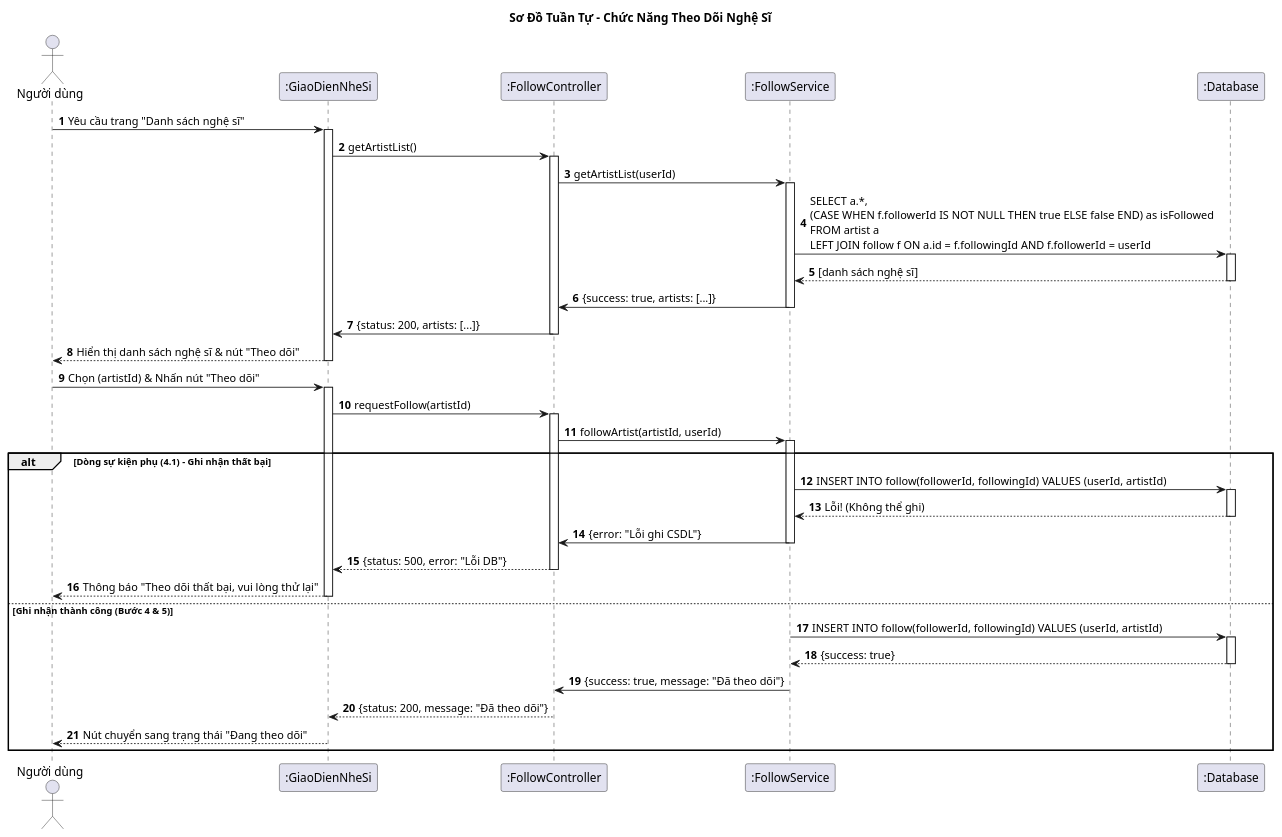
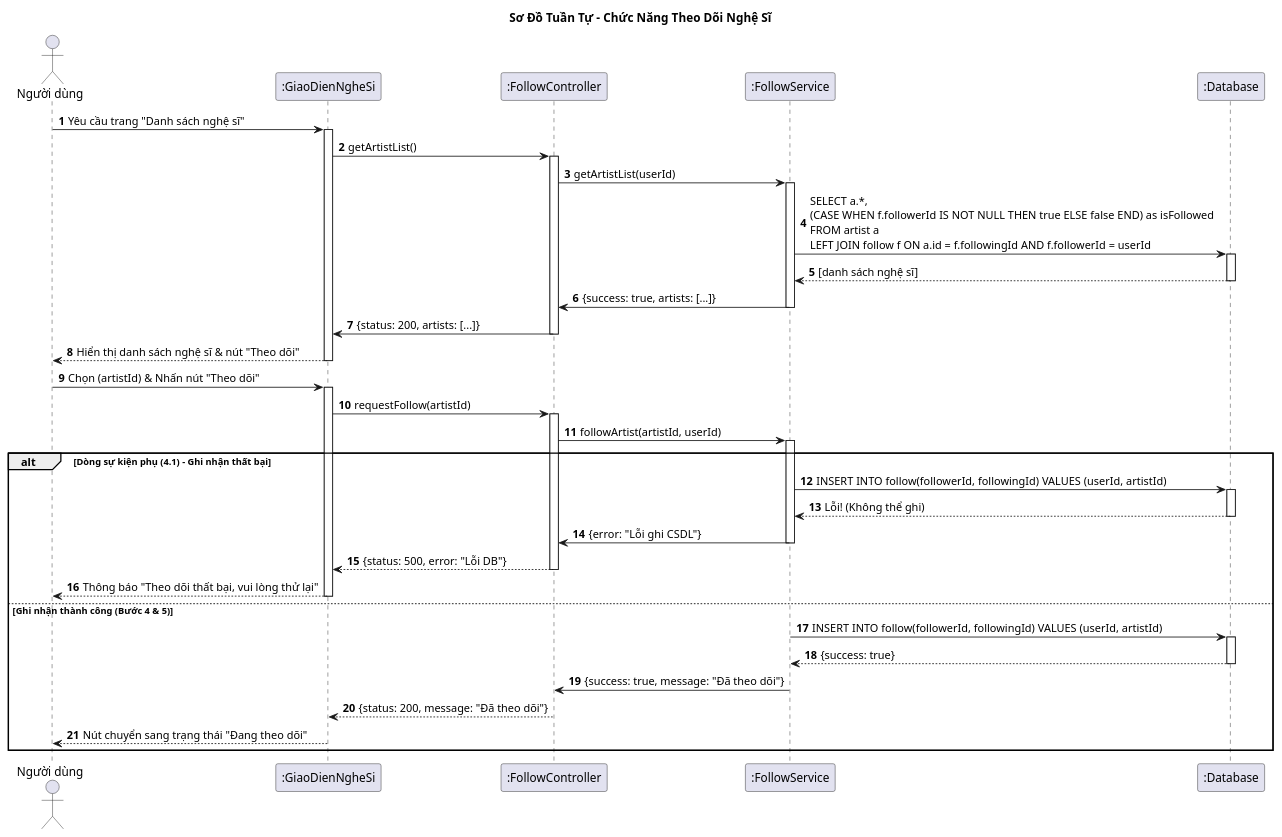
One commit to vinh047/soundwave changed the diagram in Diagrams/SequenceDiagram/FollowSD.plantuml. Above: the diagram before and after it, drawn with PlantUML. The commit also changed 8 other files, not shown here.

```diff
--- a/Diagrams/SequenceDiagram/FollowSD.plantuml
+++ b/Diagrams/SequenceDiagram/FollowSD.plantuml
@@ -1,71 +1,71 @@
 @startuml Sequence Diagram - Theo Dõi Nghệ Sĩ
 
 title Sơ Đồ Tuần Tự - Chức Năng Theo Dõi Nghệ Sĩ
 
 actor "Người dùng" as User
-participant ":GiaoDienNheSi" as UI
+participant ":GiaoDienNgheSi" as UI
 participant ":FollowController" as Controller
 participant ":FollowService" as Service
 participant ":Database" as DB
 
 autonumber
 
 ' === Dòng sự kiện chính (bước 1 & 2): Tải giao diện ===
 User -> UI: Yêu cầu trang "Danh sách nghệ sĩ"
 activate UI
 UI -> Controller: getArtistList()
 activate Controller
 Controller -> Service: getArtistList(userId)
 activate Service
 Service -> DB: SELECT a.*, \n(CASE WHEN f.followerId IS NOT NULL THEN true ELSE false END) as isFollowed \nFROM artist a \nLEFT JOIN follow f ON a.id = f.followingId AND f.followerId = userId
 activate DB
 DB --> Service: [danh sách nghệ sĩ]
 deactivate DB
 Service -> Controller: {success: true, artists: [...]}
 deactivate Service
 Controller -> UI: {status: 200, artists: [...]}
 deactivate Controller
 UI --> User: Hiển thị danh sách nghệ sĩ & nút "Theo dõi"
 deactivate UI
 
 ' === Dòng sự kiện chính (bước 3): Người dùng chọn Theo dõi ===
 User -> UI: Chọn (artistId) & Nhấn nút "Theo dõi"
 activate UI
 UI -> Controller: requestFollow(artistId)
 activate Controller
 Controller -> Service: followArtist(artistId, userId)
 activate Service
 
 ' === Dòng sự kiện (bước 4, 5) & Dòng sự kiện phụ (4.1) ===
 alt Dòng sự kiện phụ (4.1) - Ghi nhận thất bại
     ' Bước 4 & 5: Ghi nhận vào CSDL
     Service -> DB: INSERT INTO follow(followerId, followingId) VALUES (userId, artistId)
     activate DB
     DB --> Service: Lỗi! (Không thể ghi)
     deactivate DB
     Service -> Controller: {error: "Lỗi ghi CSDL"}
     deactivate Service
     Controller --> UI: {status: 500, error: "Lỗi DB"}
     deactivate Controller
     
     UI --> User: Thông báo "Theo dõi thất bại, vui lòng thử lại"
     deactivate UI
 
 else Ghi nhận thành công (Bước 4 & 5)
     Service -> DB: INSERT INTO follow(followerId, followingId) VALUES (userId, artistId)
     activate DB
     DB --> Service: {success: true}
     deactivate DB
     Service -> Controller: {success: true, message: "Đã theo dõi"}
     deactivate Service
 
     ' === Dòng sự kiện chính (bước 6): Hiện lại danh sách ===
     ' (Hệ thống tự động làm mới giao diện)
     Controller --> UI: {status: 200, message: "Đã theo dõi"}
     deactivate Controller
     
     UI --> User: Nút chuyển sang trạng thái "Đang theo dõi"
 
     deactivate UI
 end
 @enduml
```
